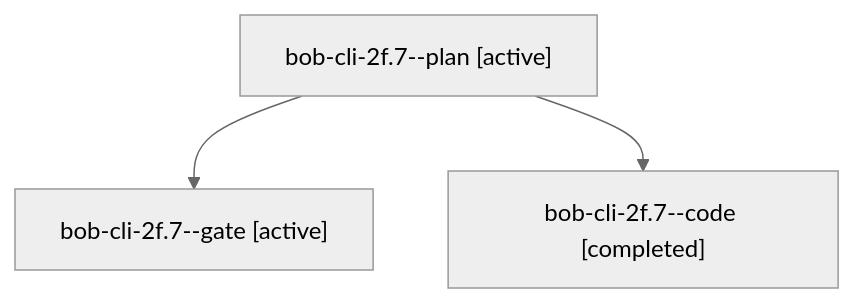
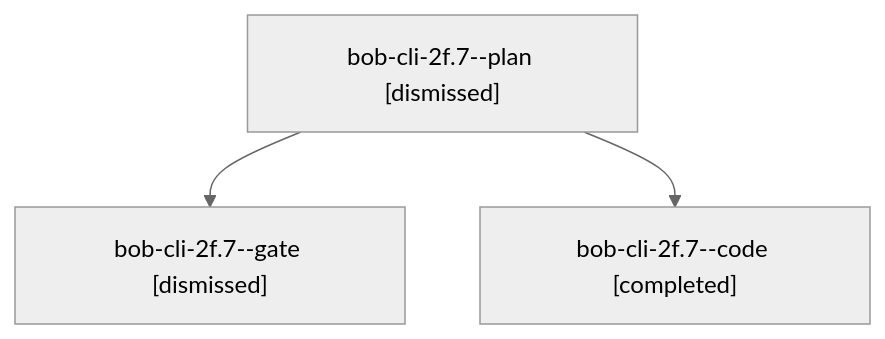
Before and after one commit to bobs-org/bob-cli--agents: the diagram in sessions/bbugyi200.apollo.bob-cli-2f.7.md, drawn with Mermaid (neutral theme). The commit also changed other lines of this file and 149 other files, not shown here.

````diff
--- a/sessions/bbugyi200.apollo.bob-cli-2f.7.md
+++ b/sessions/bbugyi200.apollo.bob-cli-2f.7.md
@@ -9,8 +9,8 @@
 ```mermaid
 flowchart TD
-  n0["bob-cli-2f.7--plan [active]"]
-  n1["bob-cli-2f.7--gate [active]"]
+  n0["bob-cli-2f.7--plan [dismissed]"]
+  n1["bob-cli-2f.7--gate [dismissed]"]
   n0 --> n1
   n2["bob-cli-2f.7--code [completed]"]
   n0 --> n2
 ```
````
